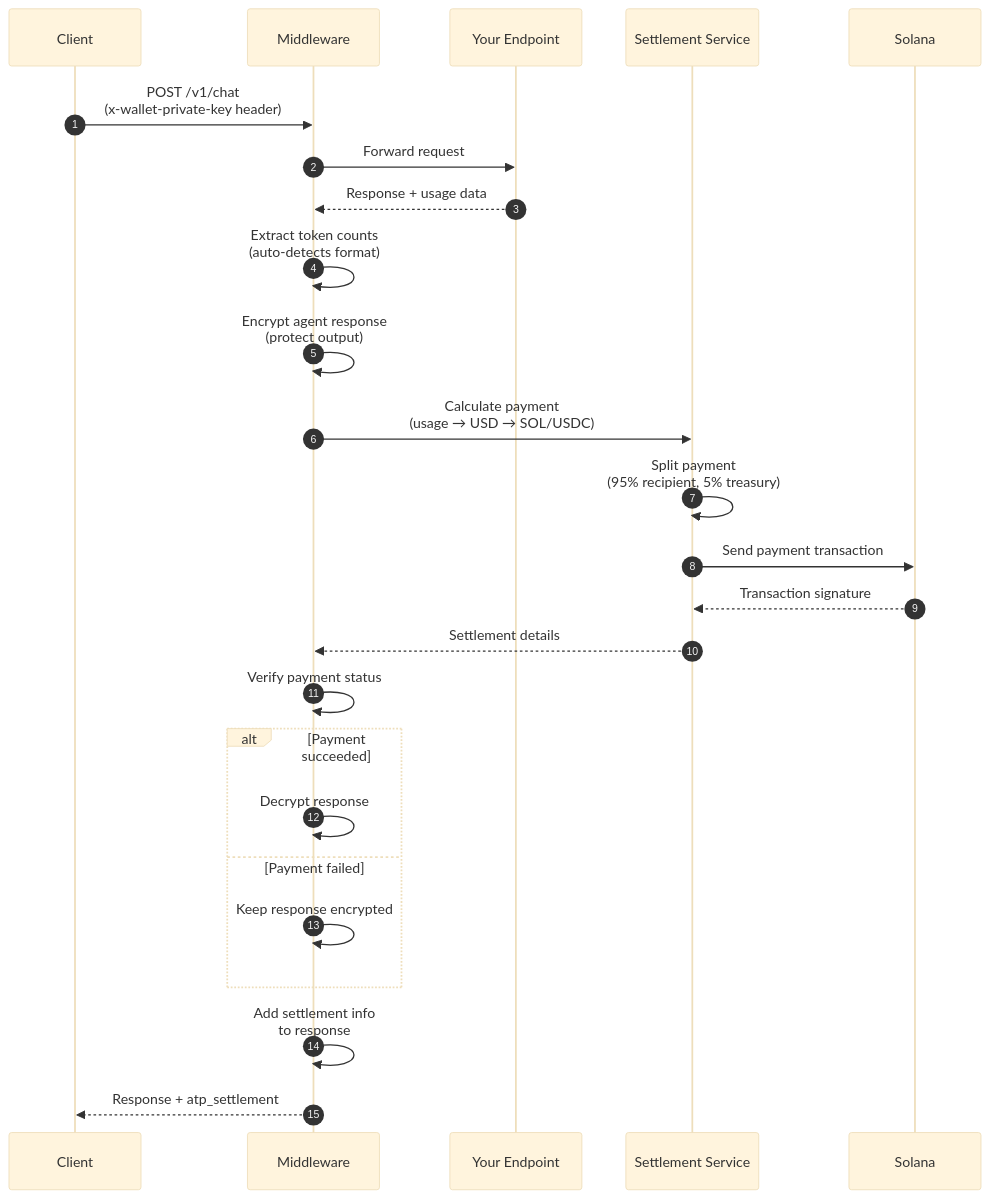
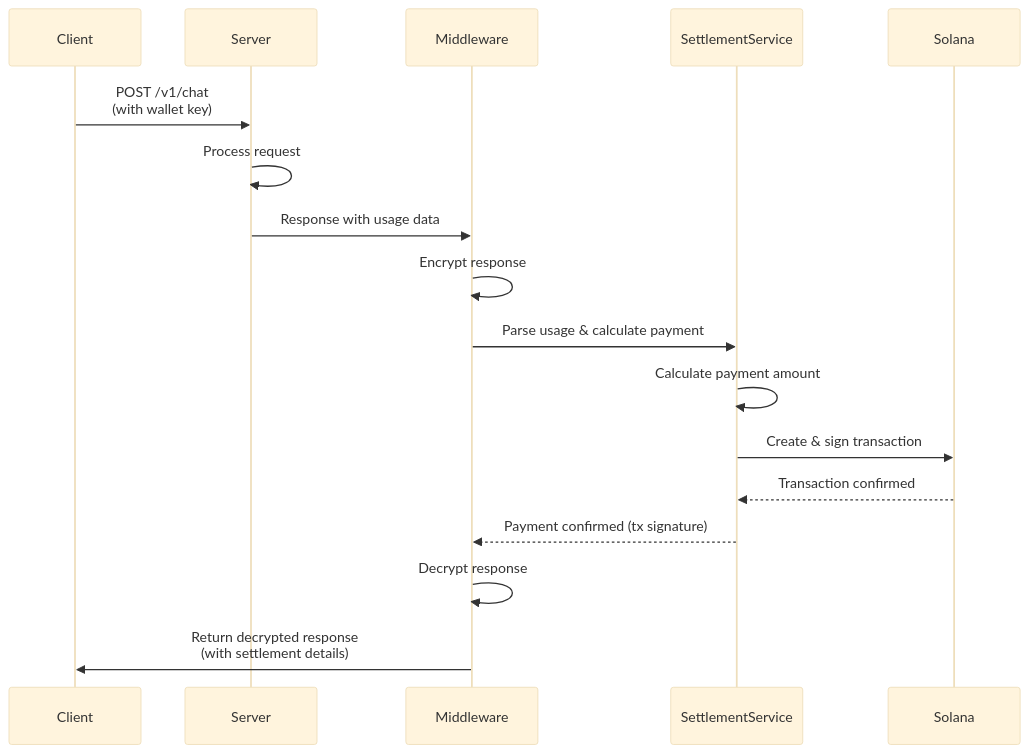
One commit to The-Swarm-Corporation/ATP-Protocol changed the diagram in README.md. Above: the diagram before and after it, drawn with Mermaid (base theme). The commit also changed other lines of this file and 1 other file, not shown here.

````diff
--- a/README.md
+++ b/README.md
@@ -108,28 +31,20 @@
 ```mermaid
 sequenceDiagram
-  autonumber
-  participant C as Client
-  participant M as Middleware
-  participant E as Your Endpoint
-  participant SS as Settlement Service
-  participant S as Solana
+    participant Client
+    participant Server
+    participant Middleware
+    participant SettlementService
+    participant Solana
 
-  C->>M: POST /v1/chat<br/>(x-wallet-private-key header)
-  M->>E: Forward request
-  E-->>M: Response + usage data
-  M->>M: Extract token counts<br/>(auto-detects format)
-  M->>M: Encrypt agent response<br/>(protect output)
-  M->>SS: Calculate payment<br/>(usage → USD → SOL/USDC)
-  SS->>SS: Split payment<br/>(95% recipient, 5% treasury)
-  SS->>S: Send payment transaction
-  S-->>SS: Transaction signature
-  SS-->>M: Settlement details
-  M->>M: Verify payment status
-  alt Payment succeeded
-    M->>M: Decrypt response
-  else Payment failed
-    M->>M: Keep response encrypted
-  end
-  M->>M: Add settlement info<br/>to response
-  M-->>C: Response + atp_settlement
+    Client->>Server: POST /v1/chat<br/>(with wallet key)
+    Server->>Server: Process request
+    Server->>Middleware: Response with usage data
+    Middleware->>Middleware: Encrypt response
+    Middleware->>SettlementService: Parse usage & calculate payment
+    SettlementService->>SettlementService: Calculate payment amount
+    SettlementService->>Solana: Create & sign transaction
+    Solana-->>SettlementService: Transaction confirmed
+    SettlementService-->>Middleware: Payment confirmed (tx signature)
+    Middleware->>Middleware: Decrypt response
+    Middleware->>Client: Return decrypted response<br/>(with settlement details)
 ```
````
